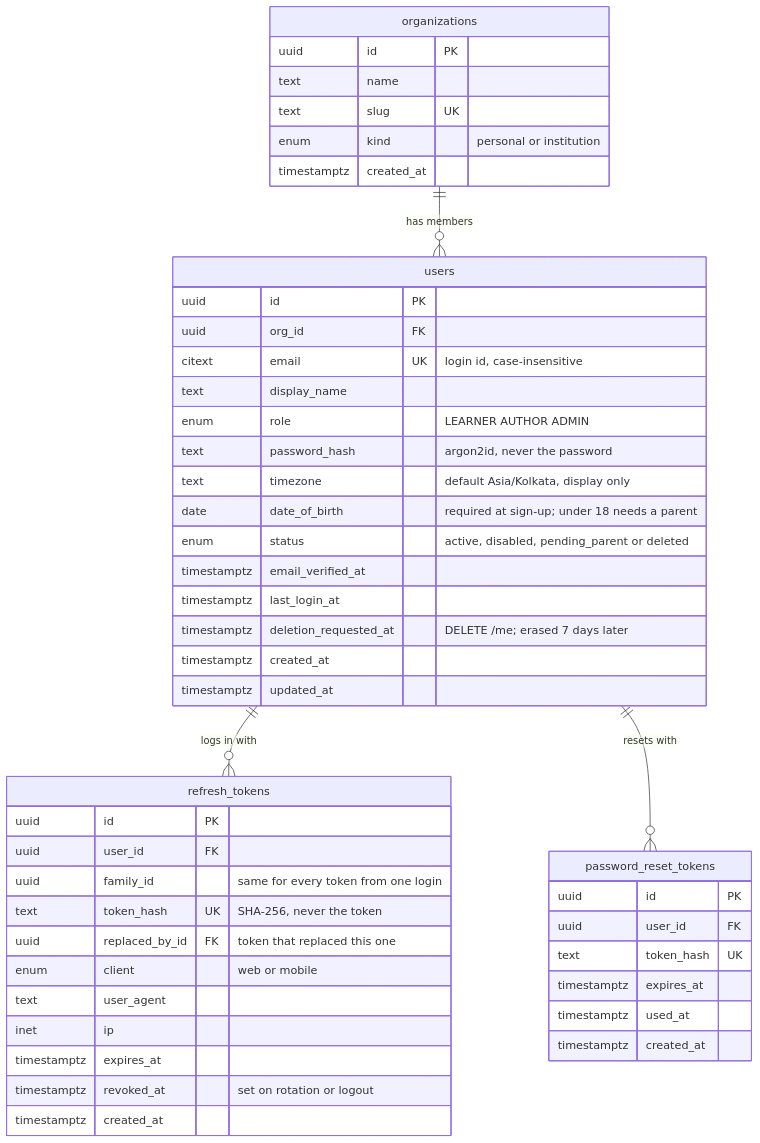
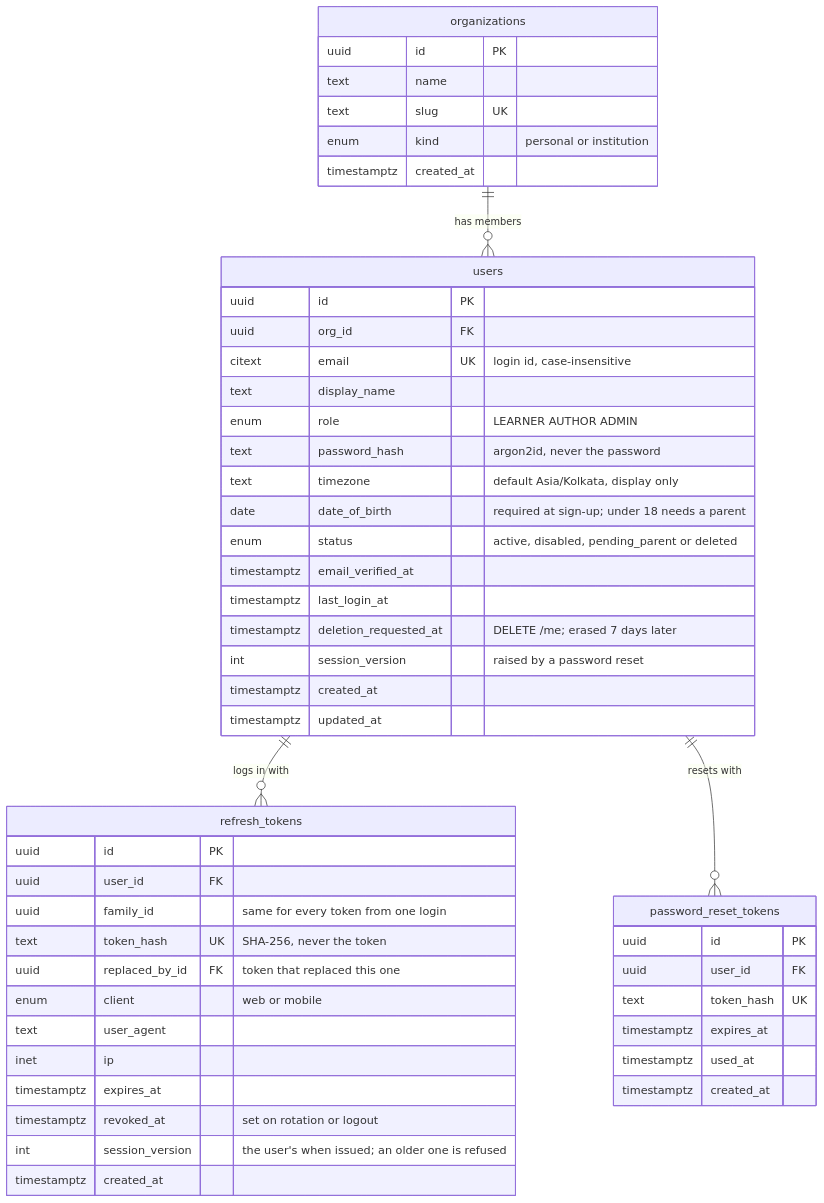
One commit to Nidanos/ai-tutor-platform changed the seventh of 32 diagrams in DOCS/phase-2/MP3-System-Design.md. Above: the diagram before and after it, drawn with Mermaid. The commit also changed other lines of this file and 3 other files, not shown here.

Commit message:
docs: record the closed password-reset race

````diff
--- a/DOCS/phase-2/MP3-System-Design.md
+++ b/DOCS/phase-2/MP3-System-Design.md
@@ -407,50 +407,52 @@
 ```mermaid
 erDiagram
   organizations ||--o{ users : "has members"
   users ||--o{ refresh_tokens : "logs in with"
   users ||--o{ password_reset_tokens : "resets with"
   organizations {
     uuid id PK
     text name
     text slug UK
     enum kind "personal or institution"
     timestamptz created_at
   }
   users {
     uuid id PK
     uuid org_id FK
     citext email UK "login id, case-insensitive"
     text display_name
     enum role "LEARNER AUTHOR ADMIN"
     text password_hash "argon2id, never the password"
     text timezone "default Asia/Kolkata, display only"
     date date_of_birth "required at sign-up; under 18 needs a parent"
     enum status "active, disabled, pending_parent or deleted"
     timestamptz email_verified_at
     timestamptz last_login_at
     timestamptz deletion_requested_at "DELETE /me; erased 7 days later"
+    int session_version "raised by a password reset"
     timestamptz created_at
     timestamptz updated_at
   }
   refresh_tokens {
     uuid id PK
     uuid user_id FK
     uuid family_id "same for every token from one login"
     text token_hash UK "SHA-256, never the token"
     uuid replaced_by_id FK "token that replaced this one"
     enum client "web or mobile"
     text user_agent
     inet ip
     timestamptz expires_at
     timestamptz revoked_at "set on rotation or logout"
+    int session_version "the user's when issued; an older one is refused"
     timestamptz created_at
   }
   password_reset_tokens {
     uuid id PK
     uuid user_id FK
     text token_hash UK
     timestamptz expires_at
     timestamptz used_at
     timestamptz created_at
   }
 ```
````
